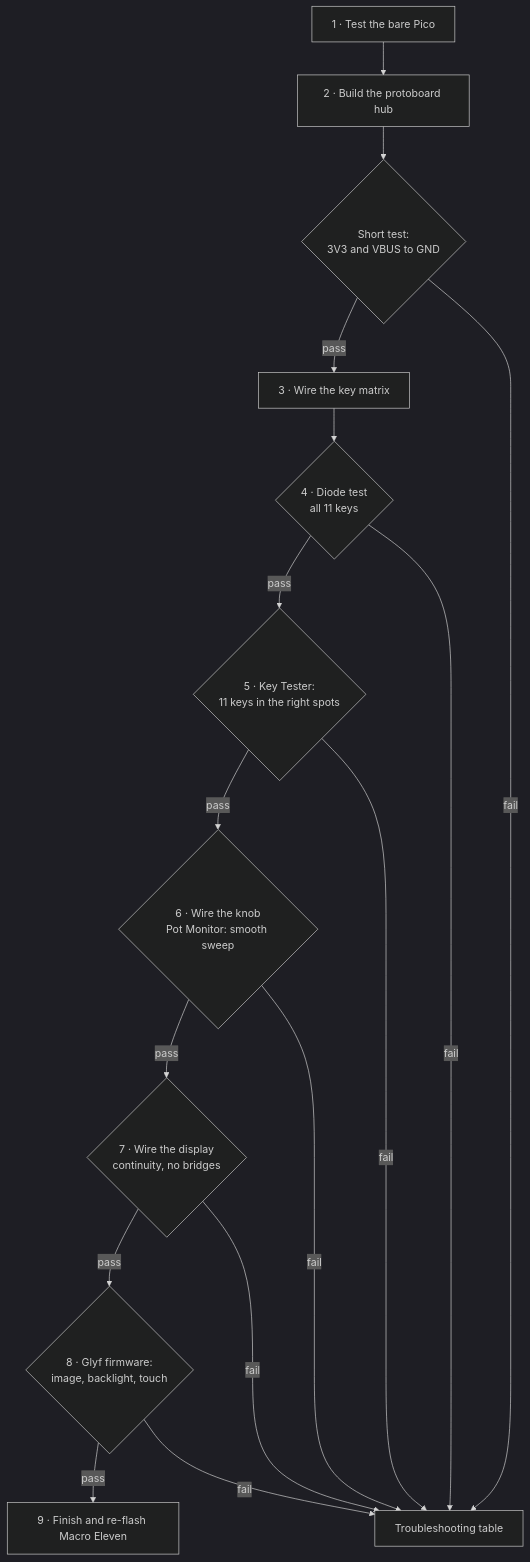
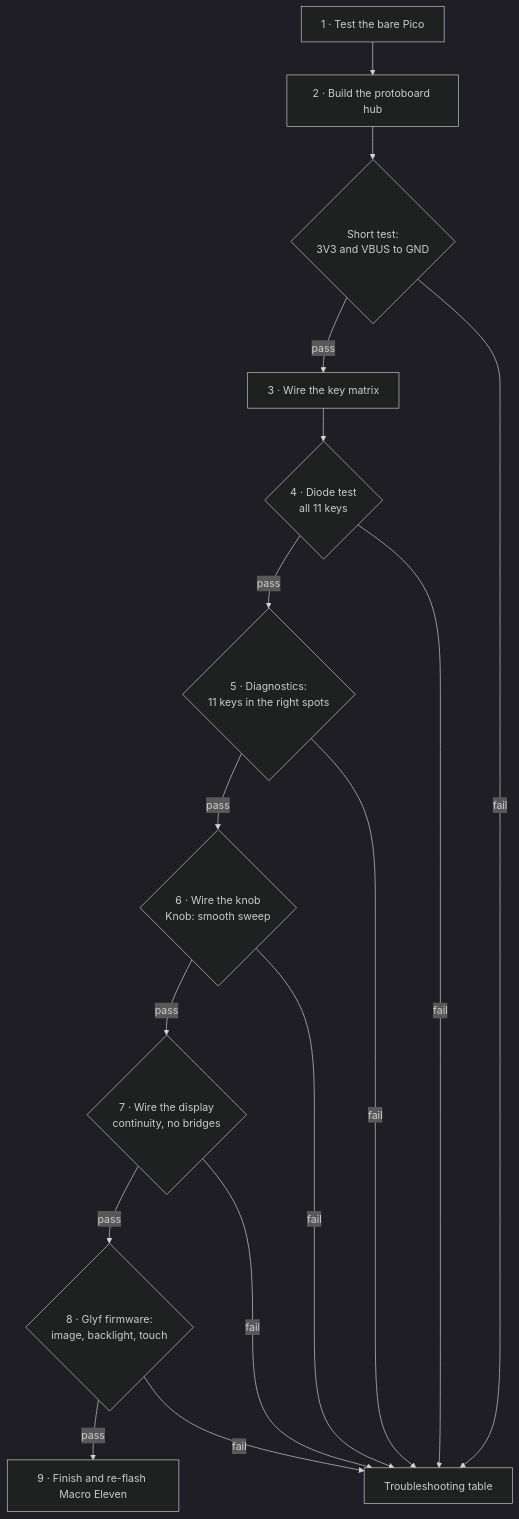
Before and after one commit to milesroxas/glyf: the second of 3 diagrams in domains/prototypes/macropads/macro-eleven/docs/rev2-wiring-guide.md, drawn with Mermaid (dark theme). The commit also changed other lines of this file and 8 other files, not shown here.

````diff
--- a/domains/prototypes/macropads/macro-eleven/docs/rev2-wiring-guide.md
+++ b/domains/prototypes/macropads/macro-eleven/docs/rev2-wiring-guide.md
@@ -194,13 +194,13 @@
 ```mermaid
 flowchart TD
     S1["1 · Test the bare Pico"] --> S2["2 · Build the protoboard hub"]
     S2 --> T2{"Short test:<br/>3V3 and VBUS to GND"}
     T2 -->|pass| S3["3 · Wire the key matrix"]
     S3 --> S4{"4 · Diode test<br/>all 11 keys"}
-    S4 -->|pass| S5{"5 · Key Tester:<br/>11 keys in the right spots"}
-    S5 -->|pass| S6{"6 · Wire the knob<br/>Pot Monitor: smooth sweep"}
+    S4 -->|pass| S5{"5 · Diagnostics:<br/>11 keys in the right spots"}
+    S5 -->|pass| S6{"6 · Wire the knob<br/>Knob: smooth sweep"}
     S6 -->|pass| S7{"7 · Wire the display<br/>continuity, no bridges"}
     S7 -->|pass| S8{"8 · Glyf firmware:<br/>image, backlight, touch"}
     S8 -->|pass| S9["9 · Finish and re-flash Macro Eleven"]
     T2 & S4 & S5 & S6 & S7 & S8 -->|fail| FIX["Troubleshooting table"]
 ```
````
